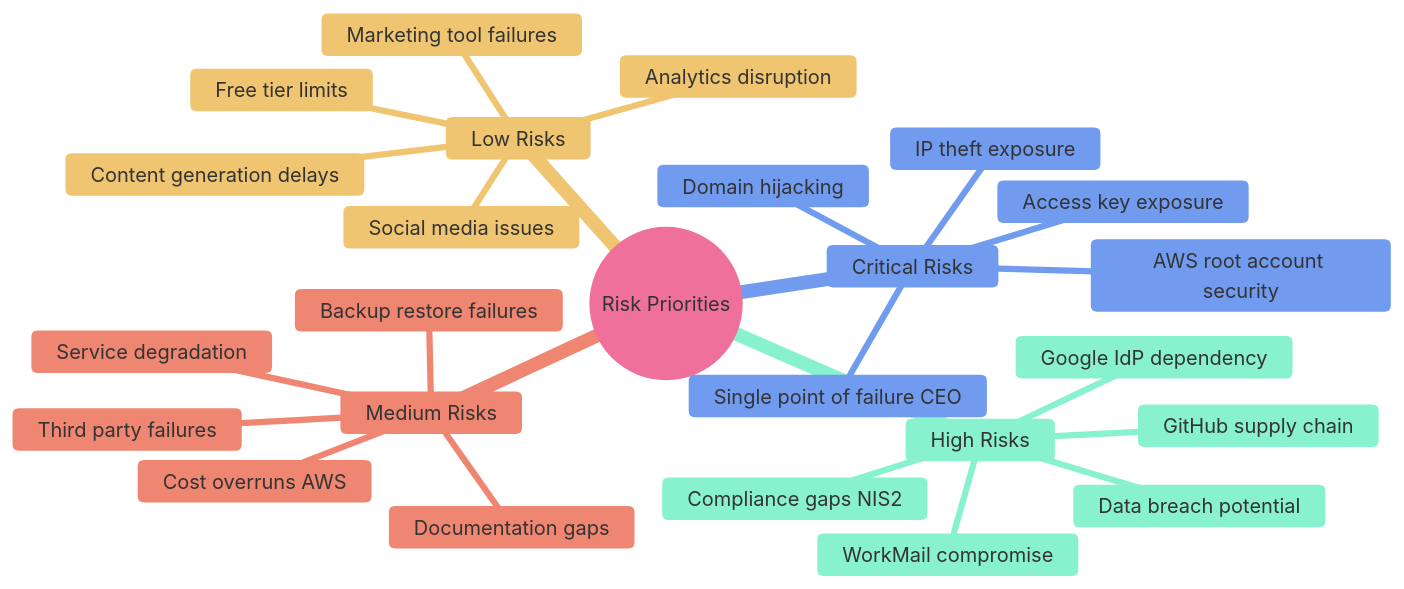
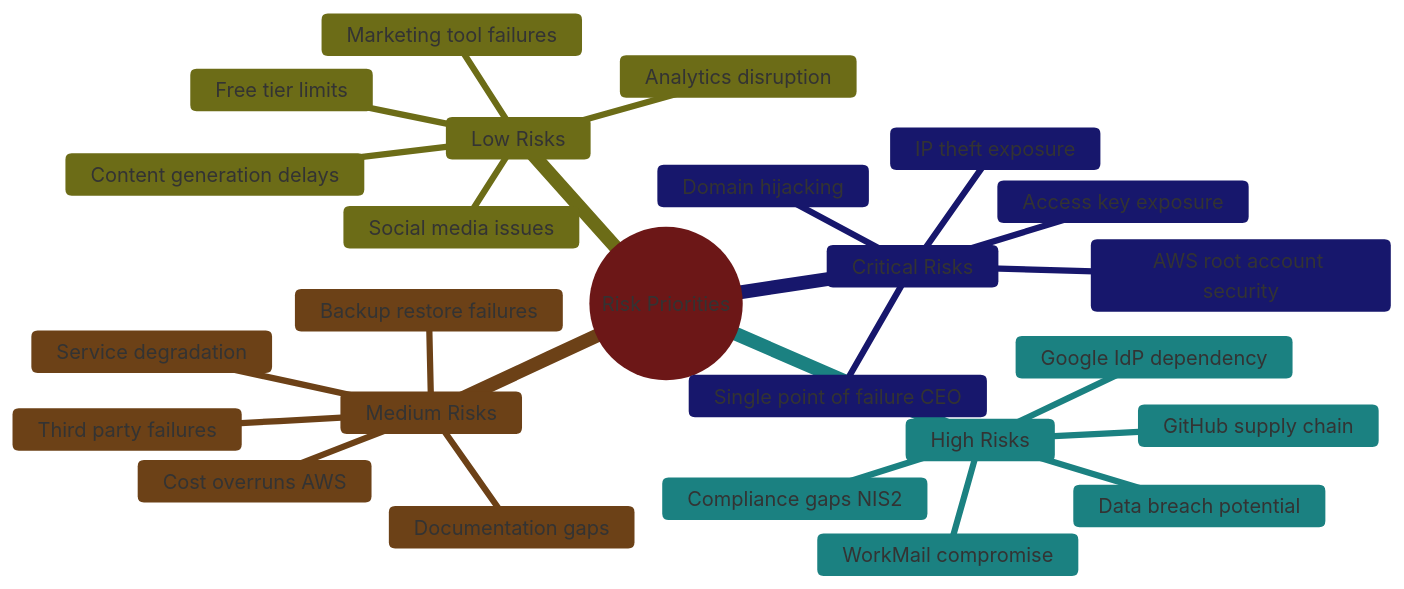
The seventh of 8 diagrams in Asset_Register.md (Hack23/ISMS-PUBLIC), drawn with Mermaid before and after one commit. The commit also changed other lines of this file and 35 other files, not shown here.

````diff
--- a/Asset_Register.md
+++ b/Asset_Register.md
@@ -583,31 +618,31 @@
 ```mermaid
 %%{
-  init: { 'theme': 'base', 'themeVariables': { 'primaryColor': '#fce4ec', 'lineColor': '#f48fb1' } }
+  init: { 'theme': 'base', 'themeVariables': { 'primaryColor': '#D32F2F', 'lineColor': '#D32F2F' } }
 }%%
 mindmap
   root((Risk Priorities))
     Critical Risks
       Single point of failure CEO
       AWS root account security
       Access key exposure
       Domain hijacking
       IP theft exposure
     High Risks  
       GitHub supply chain
       Google IdP dependency
       Data breach potential
       Compliance gaps NIS2
       WorkMail compromise
     Medium Risks
       Cost overruns AWS
       Service degradation
       Third party failures
       Documentation gaps
       Backup restore failures
     Low Risks
       Content generation delays
       Social media issues
       Free tier limits
       Marketing tool failures
       Analytics disruption
 ```
````
